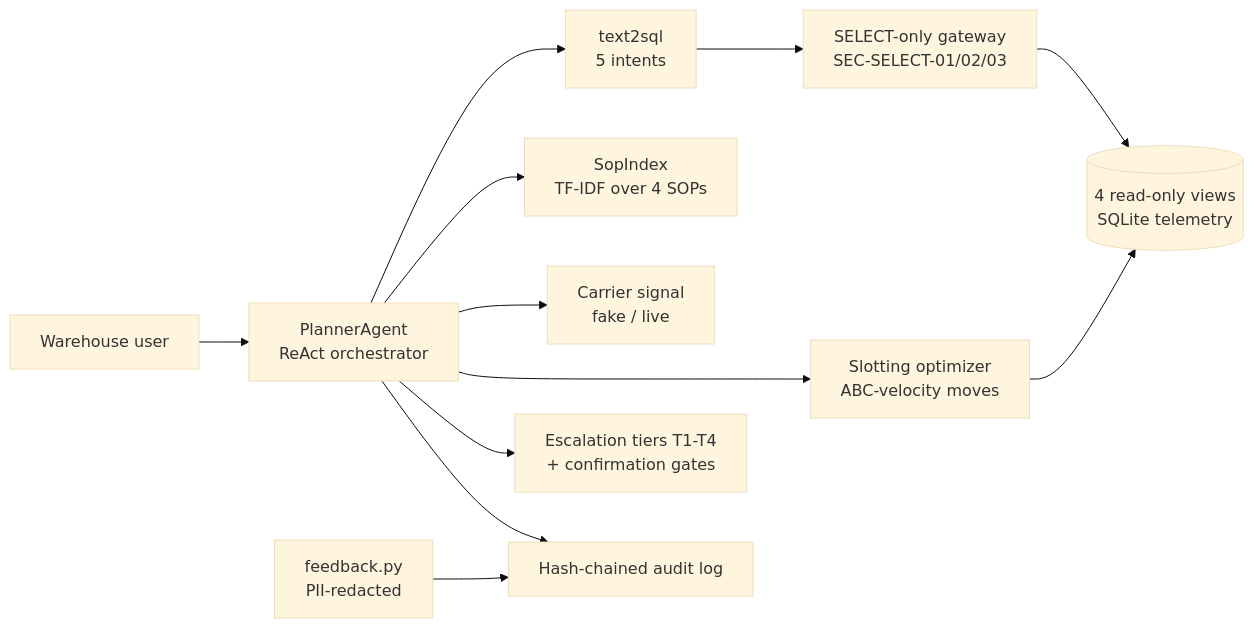
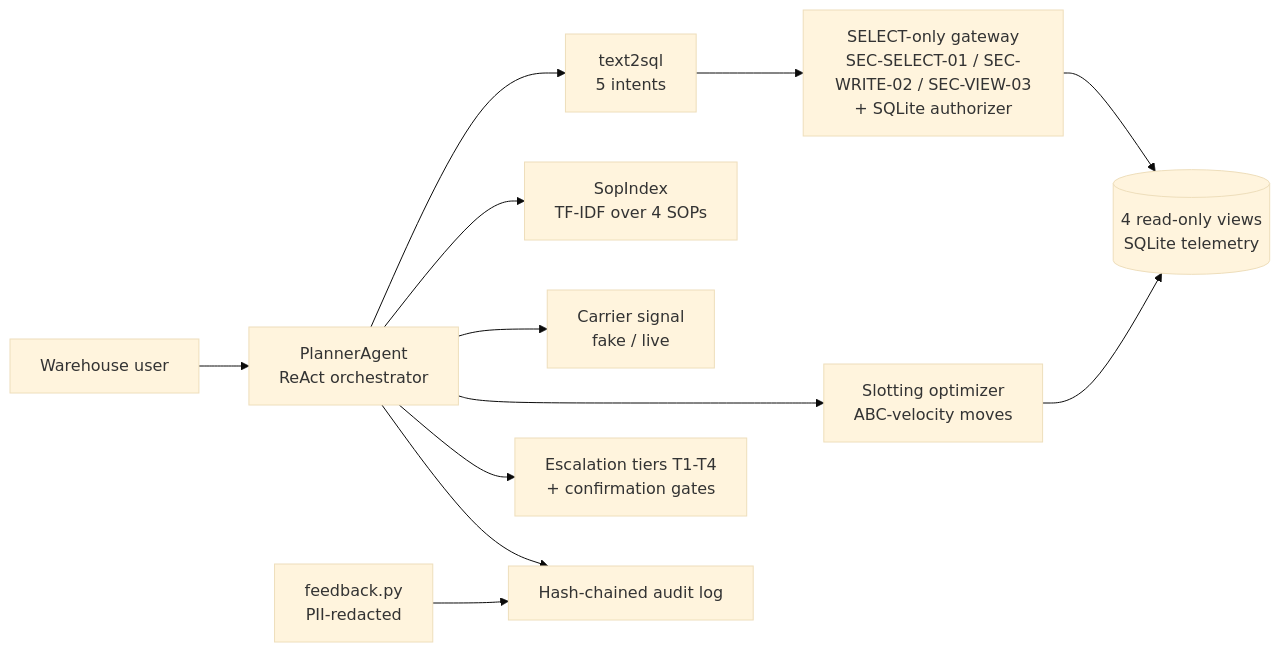
The first of 3 diagrams in knowledge/architecture.md (jagadishmazure-jpg/Jagadish-warehouse-ops-agents), drawn with Mermaid (base theme) before and after one commit. The commit also changed 26 other files, not shown here.

First line of the commit message:
Standardize: CI, security files, gateway authorizer backstop, review fixes

````diff
--- a/knowledge/architecture.md
+++ b/knowledge/architecture.md
@@ -5,14 +5,14 @@
 ```mermaid
 flowchart LR
     U[Warehouse user] --> P[PlannerAgent\nReAct orchestrator]
     P --> T[text2sql\n5 intents]
     P --> S[SopIndex\nTF-IDF over 4 SOPs]
     P --> C[Carrier signal\nfake / live]
     P --> SL[Slotting optimizer\nABC-velocity moves]
-    T --> G[SELECT-only gateway\nSEC-SELECT-01/02/03]
+    T --> G[SELECT-only gateway\nSEC-SELECT-01 / SEC-WRITE-02 / SEC-VIEW-03\n+ SQLite authorizer]
     G --> V[(4 read-only views\nSQLite telemetry)]
     SL --> V
     P --> RP[Escalation tiers T1-T4\n+ confirmation gates]
     P --> A[Hash-chained audit log]
     F[feedback.py\nPII-redacted] --> A
 ```
````
